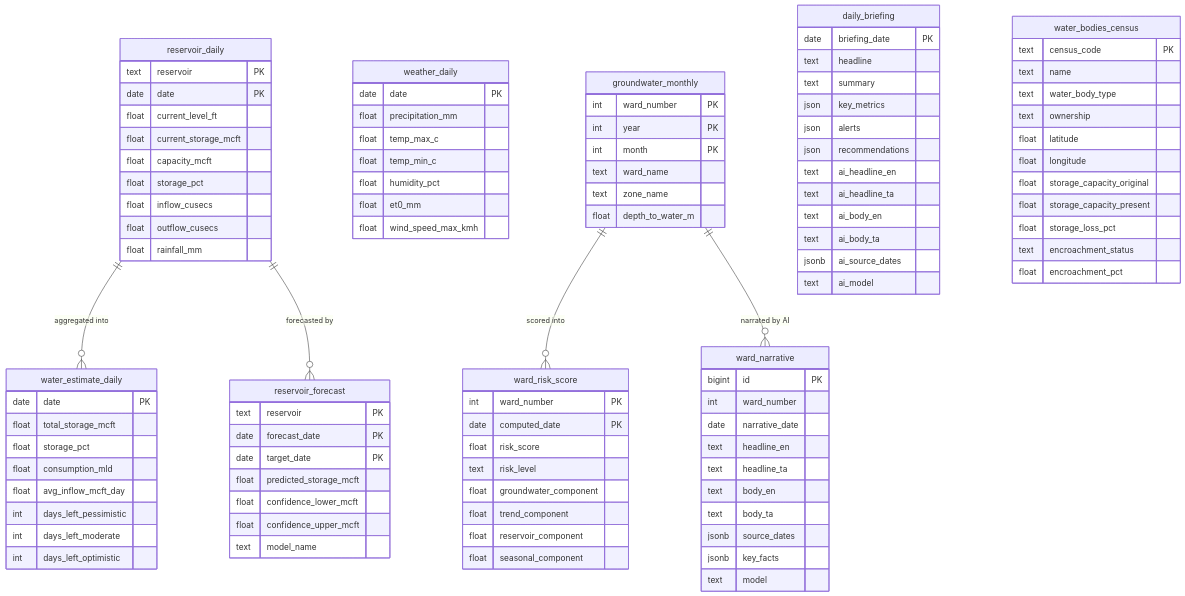
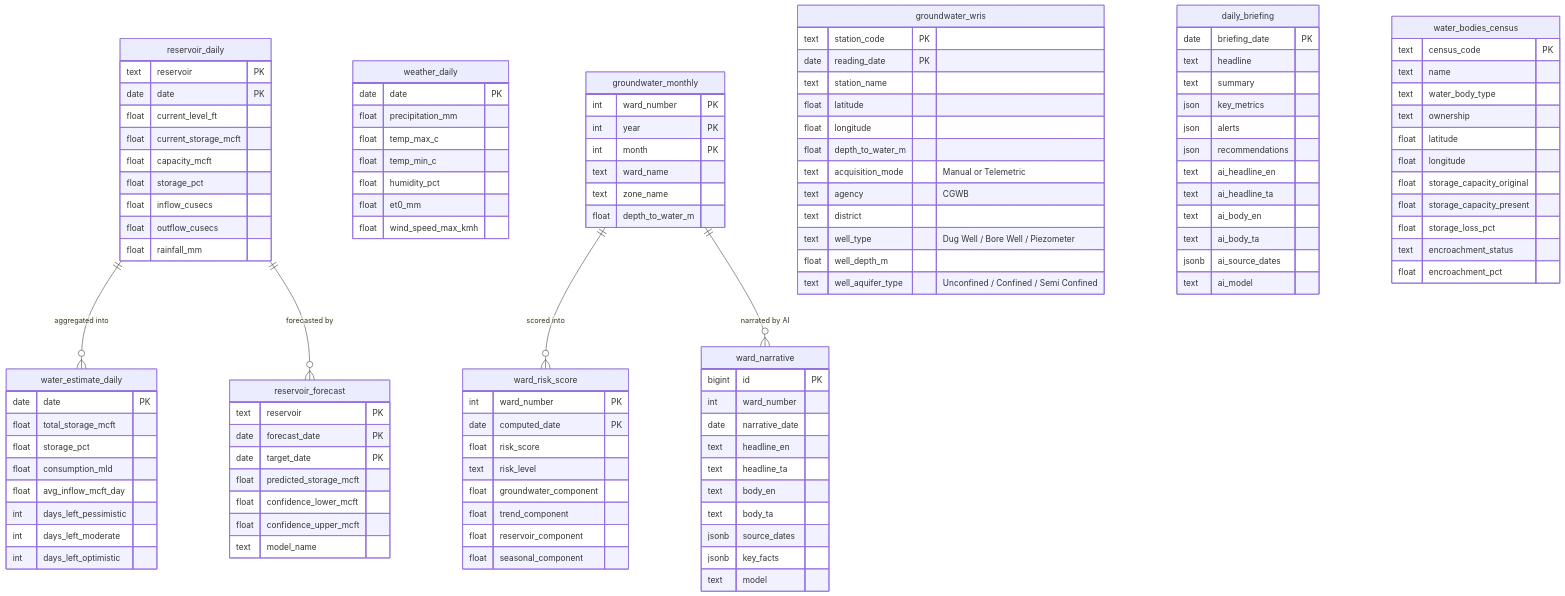
The third of 5 diagrams in ARCHITECTURE.md (SundareshPrasanna/neer-vazhvu), drawn with Mermaid before and after one commit. The commit also changed other lines of this file and 16 other files, not shown here.

```diff
--- a/ARCHITECTURE.md
+++ b/ARCHITECTURE.md
@@ -174,6 +177,21 @@
         text ward_name
         text zone_name
         float depth_to_water_m
+    }
+
+    groundwater_wris {
+        text station_code PK
+        date reading_date PK
+        text station_name
+        float latitude
+        float longitude
+        float depth_to_water_m
+        text acquisition_mode "Manual or Telemetric"
+        text agency "CGWB"
+        text district
+        text well_type "Dug Well / Bore Well / Piezometer"
+        float well_depth_m
+        text well_aquifer_type "Unconfined / Confined / Semi Confined"
     }
 
     water_estimate_daily {
```
